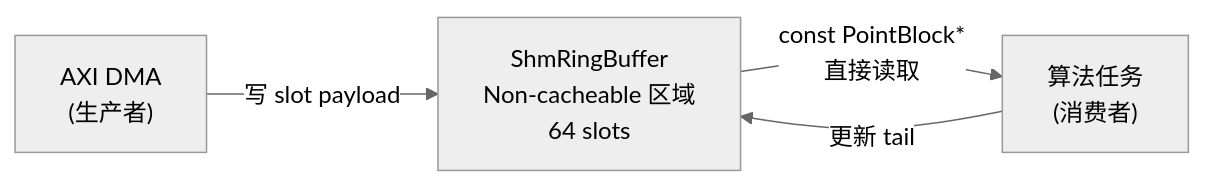
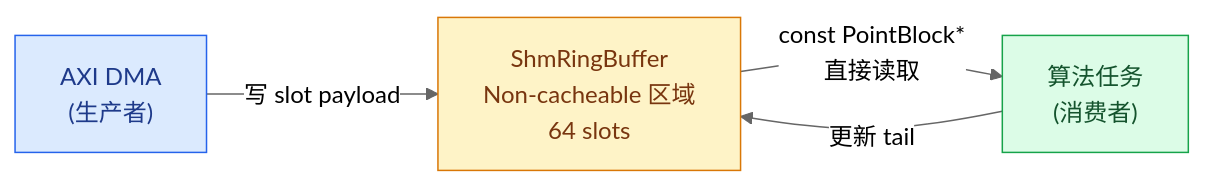
Before and after one commit to DeguiLiu/tech-notes: the second of 3 diagrams in content/posts/architecture/fpga_arm_soc_lidar_feasibility.md, drawn with Mermaid (neutral theme). The commit also changed other lines of this file and 16 other files, not shown here.

First line of the commit message:
story-docs(blog): de-AI architecture and pattern posts, add project links

````diff
--- a/content/posts/architecture/fpga_arm_soc_lidar_feasibility.md
+++ b/content/posts/architecture/fpga_arm_soc_lidar_feasibility.md
@@ -131,6 +137,12 @@
 ```mermaid
 flowchart LR
     DMA["AXI DMA\n(生产者)"] -->|"写 slot payload"| RING["ShmRingBuffer\nNon-cacheable 区域\n64 slots"]
     RING -->|"const PointBlock*\n直接读取"| CPU["算法任务\n(消费者)"]
     CPU -->|"更新 tail"| RING
+    classDef dma fill:#dbeafe,stroke:#2563eb,color:#1e3a8a
+    classDef buf fill:#fef3c7,stroke:#d97706,color:#78350f
+    classDef cpu fill:#dcfce7,stroke:#16a34a,color:#14532d
+    class DMA dma
+    class RING buf
+    class CPU cpu
 ```
````
